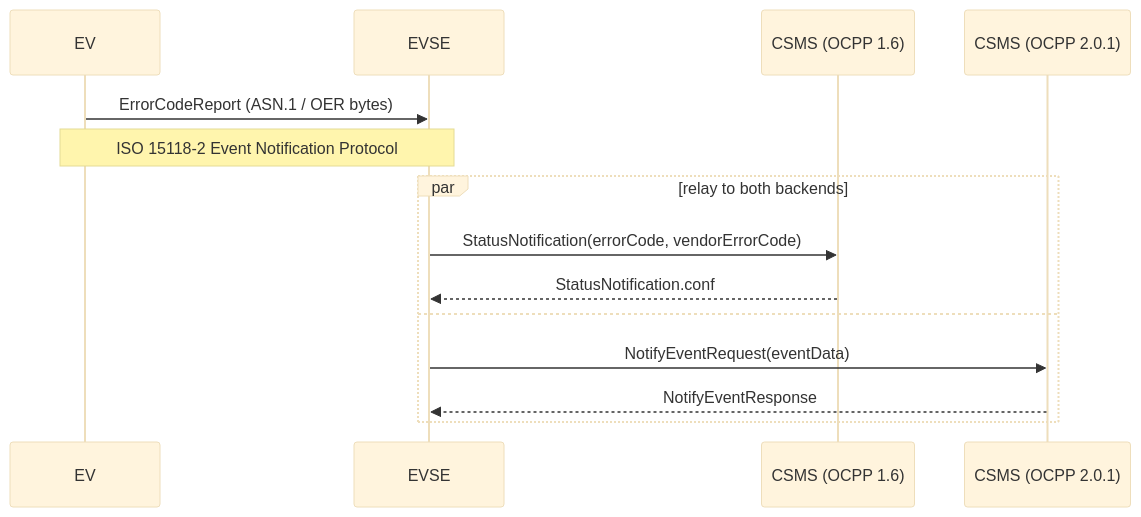
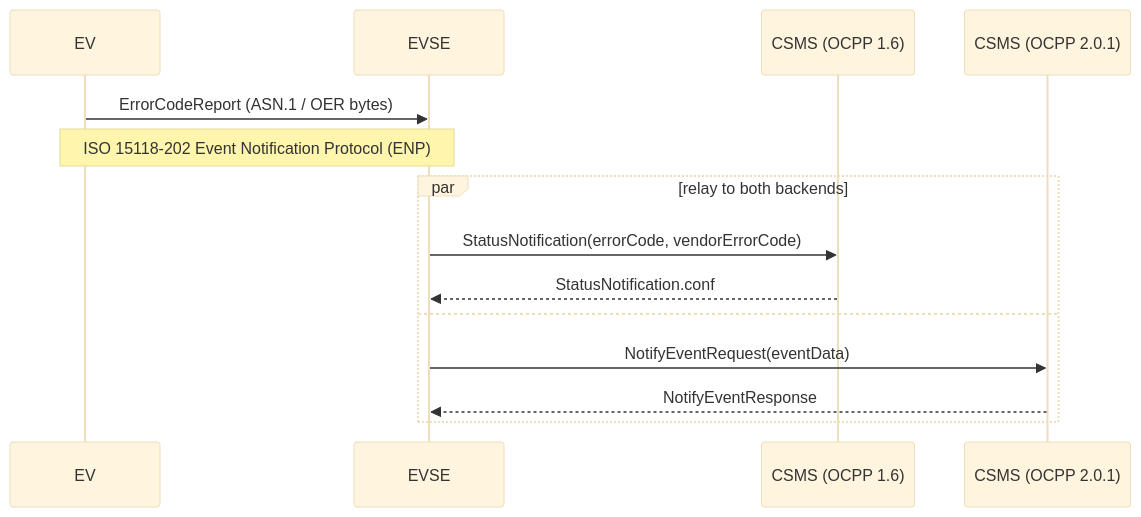
One commit to unified-error-codes/specification changed the diagram in examples/error-code-exchange/ARCHITECTURE.md. Above: the diagram before and after it, drawn with Mermaid (base theme). The commit also changed other lines of this file and 5 other files, not shown here.

First line of the commit message:
fix: this message travels over ISO 15118-202's ENP, not ISO 15118-2

````diff
--- a/examples/error-code-exchange/ARCHITECTURE.md
+++ b/examples/error-code-exchange/ARCHITECTURE.md
@@ -12,17 +12,17 @@
 ```mermaid
 sequenceDiagram
     participant EV
     participant EVSE
     participant CSMS16 as CSMS (OCPP 1.6)
     participant CSMS201 as CSMS (OCPP 2.0.1)
 
     EV->>EVSE: ErrorCodeReport (ASN.1 / OER bytes)
-    Note over EV,EVSE: ISO 15118-2 Event Notification Protocol
+    Note over EV,EVSE: ISO 15118-202 Event Notification Protocol (ENP)
     par relay to both backends
         EVSE->>CSMS16: StatusNotification(errorCode, vendorErrorCode)
         CSMS16-->>EVSE: StatusNotification.conf
     and
         EVSE->>CSMS201: NotifyEventRequest(eventData)
         CSMS201-->>EVSE: NotifyEventResponse
     end
 ```
````
